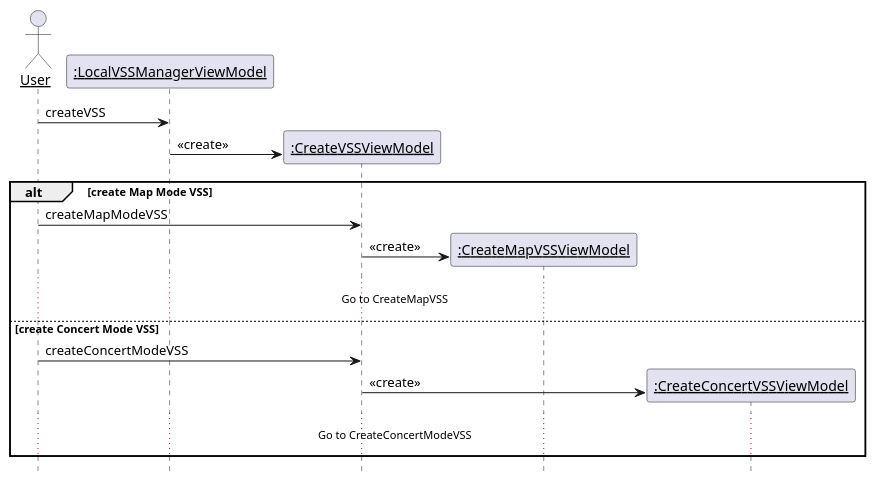
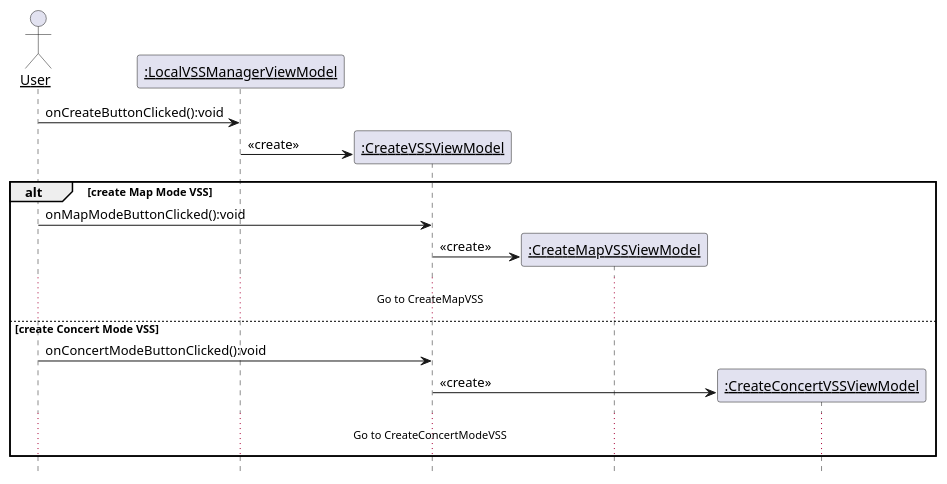
The tenth of 26 diagrams in 设计/顺序图.md (kpp19920121/doc), drawn with PlantUML before and after one commit. The commit also changed other lines of this file and 2 other files, not shown here.

Commit message:
完成两个顺序图、类图的同步

````diff
--- a/设计/顺序图.md
+++ b/设计/顺序图.md
@@ -303,28 +301,28 @@
 ```PlantUML
 @startuml Diagrams/CreateVSS
 hide footbox
 skinparam sequenceParticipant underline
 
 actor User as user
 participant ":LocalVSSManagerViewModel" as manage
 participant ":CreateVSSViewModel" as page
 participant ":CreateMapVSSViewModel" as map
 participant ":CreateConcertVSSViewModel" as concert
 
-user -> manage: createVSS
+user -> manage: onCreateButtonClicked():void
 create page
 manage -> page: <<create>>
 alt create Map Mode VSS
-    user -> page: createMapModeVSS
+    user -> page: onMapModeButtonClicked():void
     create map
     page -> map: <<create>>
     ...Go to CreateMapVSS...
 else create Concert Mode VSS
-    user -> page: createConcertModeVSS
+    user -> page: onConcertModeButtonClicked():void
     create concert
     page -> concert: <<create>>
     ...Go to CreateConcertModeVSS...
 end
 
 @enduml
 ```
````
